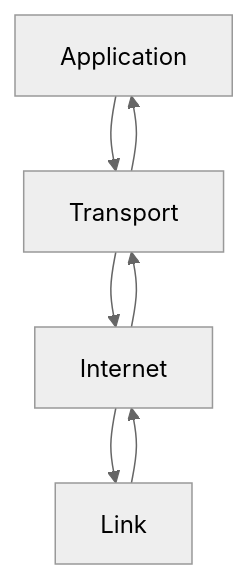
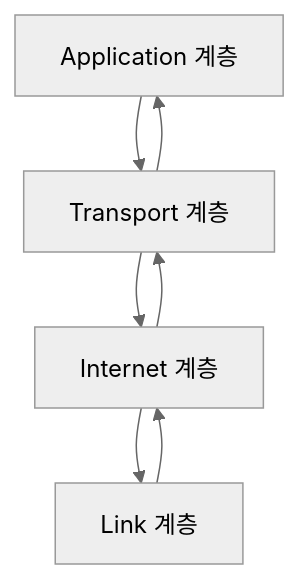
One commit to mandoobox/mandoobox.github.io changed the second of 39 diagrams in _posts/cs-note/2026-02-27-network.md. Above: the diagram before and after it, drawn with Mermaid (neutral theme). The commit also changed other lines of this file and 18 other files, not shown here.

````diff
--- a/_posts/cs-note/2026-02-27-network.md
+++ b/_posts/cs-note/2026-02-27-network.md
@@ -58,9 +58,9 @@
 ```mermaid
 flowchart TB
-  App[Application]
-  Tr[Transport]
-  In[Internet]
-  Li[Link]
+  App[Application 계층]
+  Tr[Transport 계층]
+  In[Internet 계층]
+  Li[Link 계층]
   App --> Tr --> In --> Li
   Li --> In --> Tr --> App
 ```
````
